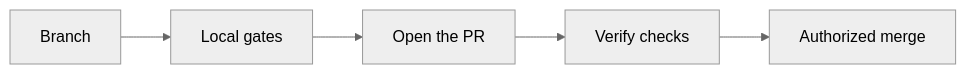
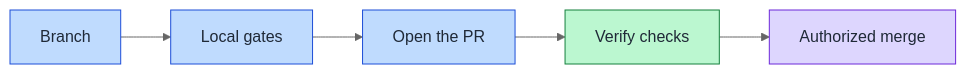
One commit to victusfate/scaffold changed the diagram in docs/diagrams/pages/pr-workflow.md. Above: the diagram before and after it, drawn with Mermaid (neutral theme). The commit also changed other lines of this file and 20 other files, not shown here.

First line of the commit message:
docs(diagram-explorer-md): lane colors from the diagram palette; short LLM block

````diff
--- a/docs/diagrams/pages/pr-workflow.md
+++ b/docs/diagrams/pages/pr-workflow.md
@@ -7,7 +7,13 @@
 ```mermaid
 flowchart LR
   n_branch["Branch"] --> n_local["Local gates"]
   n_local["Local gates"] --> n_open["Open the PR"]
   n_open["Open the PR"] --> n_checks["Verify checks"]
   n_checks["Verify checks"] --> n_merge["Authorized merge"]
+  classDef lane0 fill:#bfdbfe,stroke:#1d4ed8,color:#1f2937
+  classDef lane1 fill:#bbf7d0,stroke:#15803d,color:#1f2937
+  classDef lane2 fill:#ddd6fe,stroke:#6d28d9,color:#1f2937
+  class n_branch,n_local,n_open lane0
+  class n_checks lane1
+  class n_merge lane2
 ```
````
